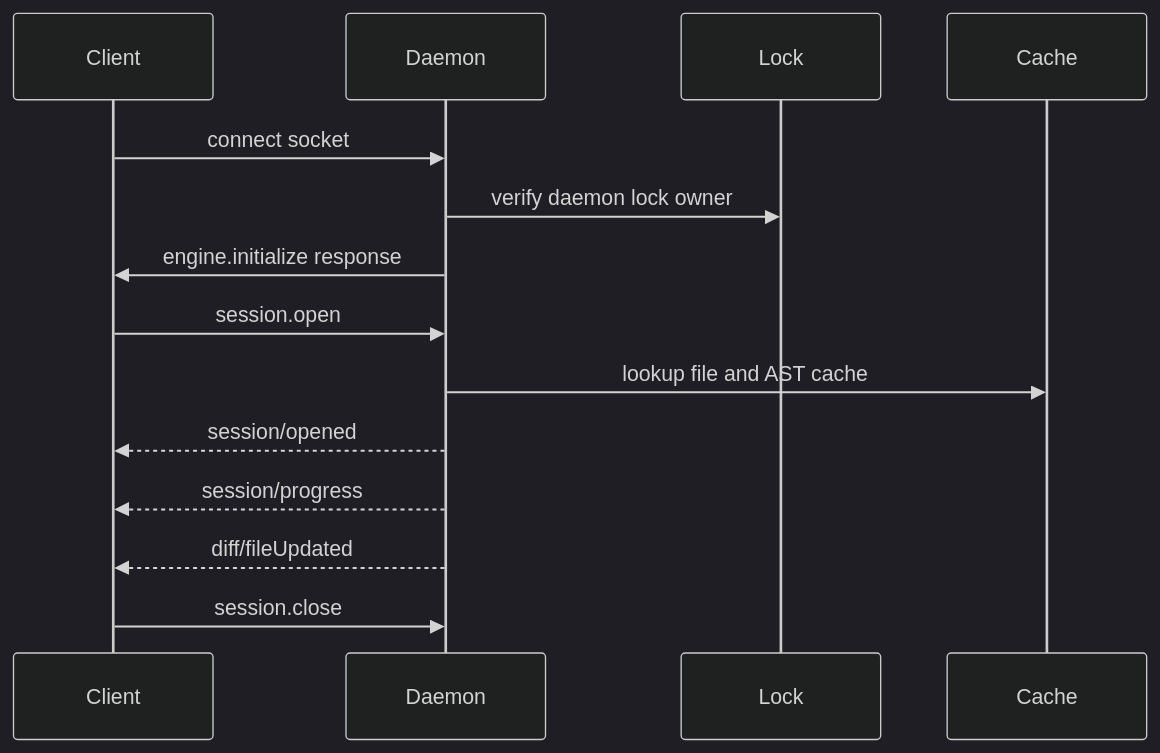
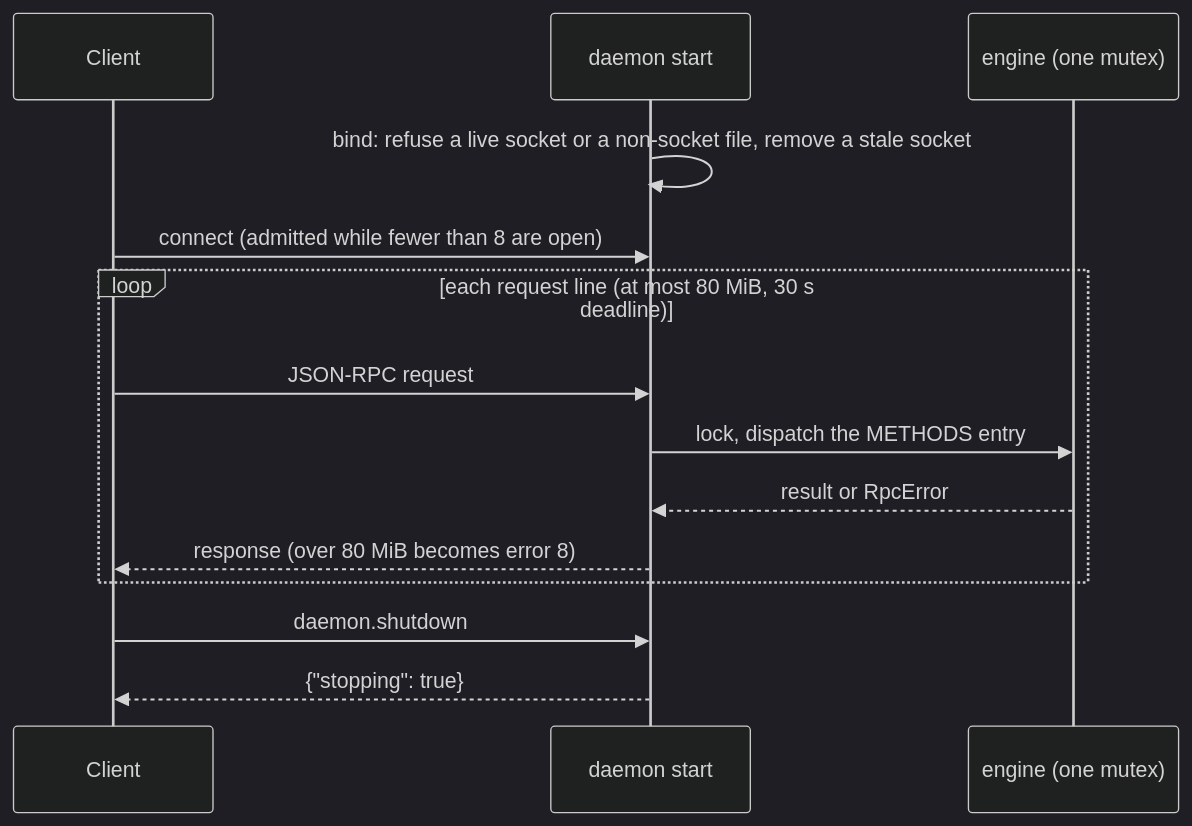
One commit to Louranicas/deep-diff-forge changed the second of 2 diagrams in docs/API_AND_IPC.md. Above: the diagram before and after it, drawn with Mermaid (dark theme). The commit also changed other lines of this file and 48 other files, not shown here.

````diff
--- a/docs/API_AND_IPC.md
+++ b/docs/API_AND_IPC.md
@@ -169,17 +289,17 @@
 ```mermaid
 sequenceDiagram
     participant Client
-    participant Daemon
-    participant Lock
-    participant Cache
+    participant Server as daemon start
+    participant Engine as engine (one mutex)
 
-    Client->>Daemon: connect socket
-    Daemon->>Lock: verify daemon lock owner
-    Daemon->>Client: engine.initialize response
-    Client->>Daemon: session.open
-    Daemon->>Cache: lookup file and AST cache
-    Daemon-->>Client: session/opened
-    Daemon-->>Client: session/progress
-    Daemon-->>Client: diff/fileUpdated
-    Client->>Daemon: session.close
+    Server->>Server: bind: refuse a live socket or a non-socket file, remove a stale socket
+    Client->>Server: connect (admitted while fewer than 8 are open)
+    loop each request line (at most 80 MiB, 30 s deadline)
+        Client->>Server: JSON-RPC request
+        Server->>Engine: lock, dispatch the METHODS entry
+        Engine-->>Server: result or RpcError
+        Server-->>Client: response (over 80 MiB becomes error 8)
+    end
+    Client->>Server: daemon.shutdown
+    Server-->>Client: {"stopping": true}
 ```
````
